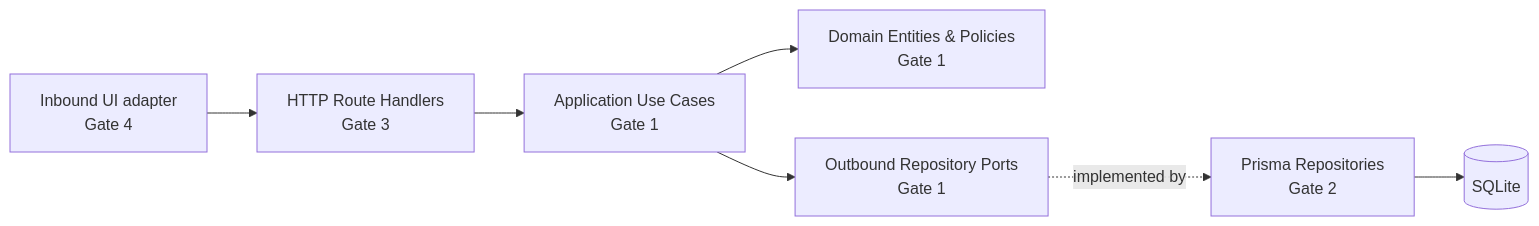
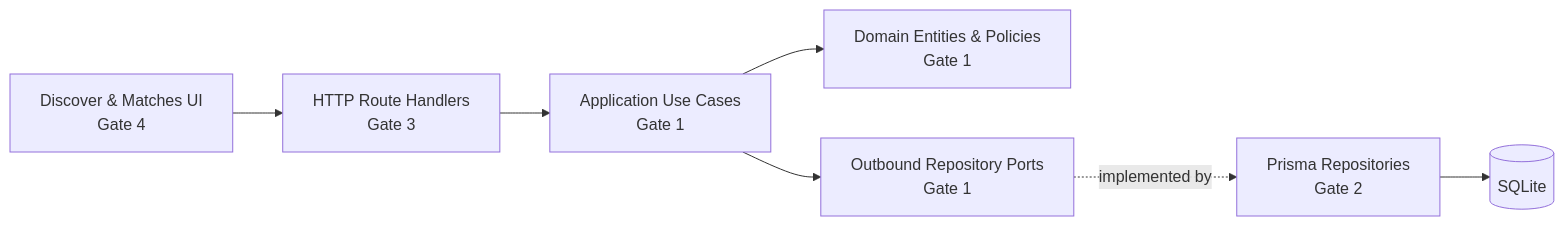
The first of 2 diagrams in README.md (Manjeet2684/Yugora), drawn with Mermaid before and after one commit. The commit also changed other lines of this file and 10 other files, not shown here.

Commit message:
feat: build responsive YUGORA Discover and Matches experience

````diff
--- a/README.md
+++ b/README.md
@@ -74,9 +83,9 @@
   ```mermaid
   flowchart LR
-    UI[Inbound UI adapter<br/>Gate 4] --> HTTP[HTTP Route Handlers<br/>Gate 3]
+    UI[Discover & Matches UI<br/>Gate 4] --> HTTP[HTTP Route Handlers<br/>Gate 3]
     HTTP --> APP[Application Use Cases<br/>Gate 1]
     APP --> DOMAIN[Domain Entities & Policies<br/>Gate 1]
     APP --> PORTS[Outbound Repository Ports<br/>Gate 1]
     PORTS -. implemented by .-> ADAPTERS[Prisma Repositories<br/>Gate 2]
     ADAPTERS --> DB[(SQLite)]
   ```
````
